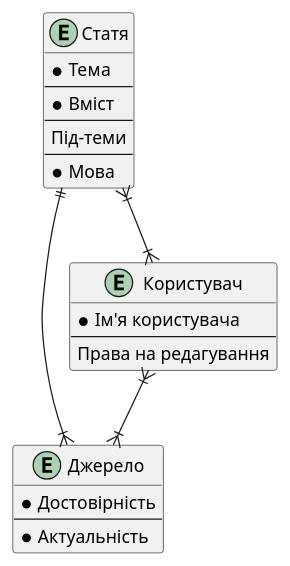
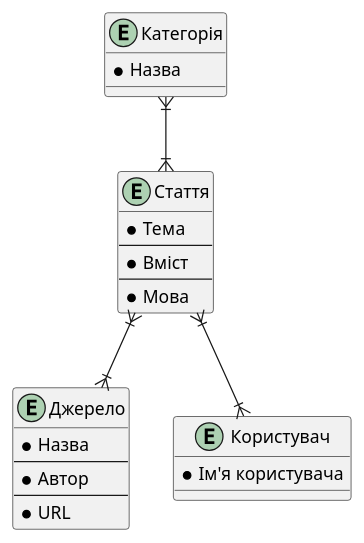
The diagram in Lab1/er.puml (fasdccdss/KPI), drawn with PlantUML before and after one commit. The commit also changed 1 other file, not shown here.

```diff
--- a/Lab1/er.puml
+++ b/Lab1/er.puml
@@ -1,27 +1,28 @@
 @startuml "ER diagram"
 
-entity Статя {
+entity Категорія {
+    * Назва
+}
+entity Стаття {
     * Тема
     --
     * Вміст
     --
-    Під-теми
-    --
     * Мова
 }
 entity Джерело {
-    * Достовірність
+    * Назва
     --
-    * Актуальність
+    * Автор
+    --
+    * URL
 }
 entity Користувач {
     * Ім'я користувача
-    --
-    Права на редагування
 }
 
-Статя }|--|{ Користувач
-Статя ||--|{ Джерело
-Користувач }|--|{ Джерело
+Стаття }|--|{ Користувач
+Стаття }|--|{ Джерело
+Категорія }|--|{ Стаття
 
 @enduml
```
